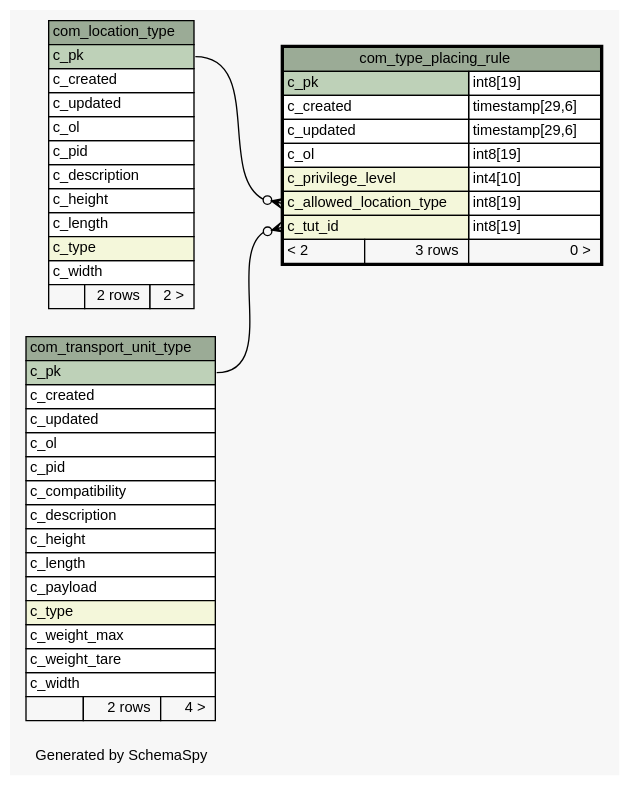
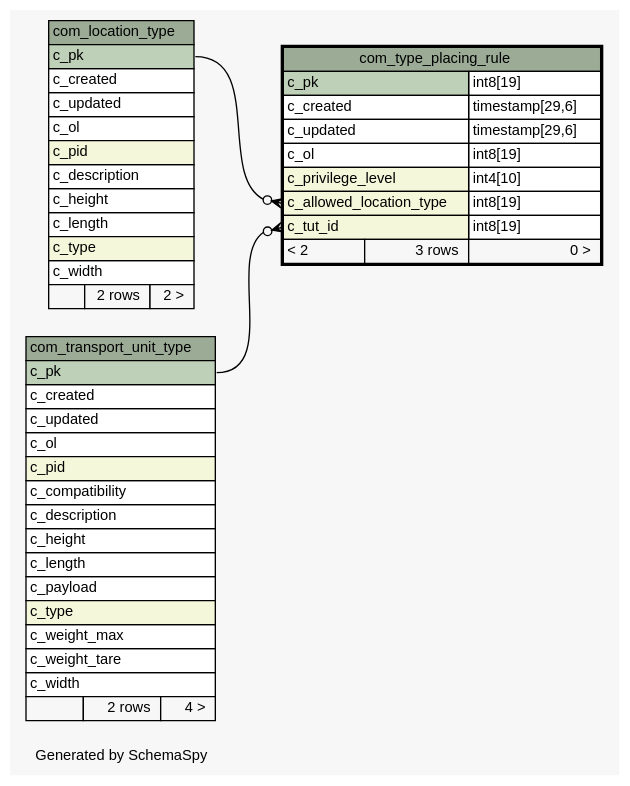
The diagram in 2.0.0-SNAPSHOT/schemaspy/diagrams/com_type_placing_rule.1degree.dot (openwms/org.openwms.common.service.lib), drawn with Graphviz before and after one commit. The commit also changed 522 other files, not shown here.

```diff
--- a/2.0.0-SNAPSHOT/schemaspy/diagrams/com_type_placing_rule.1degree.dot
+++ b/2.0.0-SNAPSHOT/schemaspy/diagrams/com_type_placing_rule.1degree.dot
@@ -1,82 +1,82 @@
 // dot 2.43.0 on Linux 5.11.0-1028-azure
 // SchemaSpy rev Unknown
 digraph "oneDegreeRelationshipsDiagram" {
   graph [
     rankdir="RL"
     bgcolor="#f7f7f7"
     label="\nGenerated by SchemaSpy"
     labeljust="l"
     nodesep="0.18"
     ranksep="0.46"
     fontname="Helvetica"
     fontsize="11"
   ];
   node [
     fontname="Helvetica"
     fontsize="11"
     shape="plaintext"
   ];
   edge [
     arrowsize="0.8"
   ];
   "com_type_placing_rule":"c_allowed_location_type":w -> "com_location_type":"c_pk":e [arrowhead=none dir=back arrowtail=crowodot];
   "com_type_placing_rule":"c_tut_id":w -> "com_transport_unit_type":"c_pk":e [arrowhead=none dir=back arrowtail=crowodot];
   "com_location_type" [
     label=<
     <TABLE BORDER="0" CELLBORDER="1" CELLSPACING="0" BGCOLOR="#ffffff">
       <TR><TD COLSPAN="3" BGCOLOR="#9bab96" ALIGN="CENTER">com_location_type</TD></TR>
       <TR><TD PORT="c_pk" COLSPAN="3" BGCOLOR="#bed1b8" ALIGN="LEFT">c_pk</TD></TR>
       <TR><TD PORT="c_created" COLSPAN="3" ALIGN="LEFT">c_created</TD></TR>
       <TR><TD PORT="c_updated" COLSPAN="3" ALIGN="LEFT">c_updated</TD></TR>
       <TR><TD PORT="c_ol" COLSPAN="3" ALIGN="LEFT">c_ol</TD></TR>
-      <TR><TD PORT="c_pid" COLSPAN="3" ALIGN="LEFT">c_pid</TD></TR>
+      <TR><TD PORT="c_pid" COLSPAN="3" BGCOLOR="#f4f7da" ALIGN="LEFT">c_pid</TD></TR>
       <TR><TD PORT="c_description" COLSPAN="3" ALIGN="LEFT">c_description</TD></TR>
       <TR><TD PORT="c_height" COLSPAN="3" ALIGN="LEFT">c_height</TD></TR>
       <TR><TD PORT="c_length" COLSPAN="3" ALIGN="LEFT">c_length</TD></TR>
       <TR><TD PORT="c_type" COLSPAN="3" BGCOLOR="#f4f7da" ALIGN="LEFT">c_type</TD></TR>
       <TR><TD PORT="c_width" COLSPAN="3" ALIGN="LEFT">c_width</TD></TR>
       <TR><TD ALIGN="LEFT" BGCOLOR="#f7f7f7">  </TD><TD ALIGN="RIGHT" BGCOLOR="#f7f7f7">2 rows</TD><TD ALIGN="RIGHT" BGCOLOR="#f7f7f7">2 &gt;</TD></TR>
     </TABLE>>
     URL="com_location_type.html"
     tooltip="com_location_type"
   ];
   "com_transport_unit_type" [
     label=<
     <TABLE BORDER="0" CELLBORDER="1" CELLSPACING="0" BGCOLOR="#ffffff">
       <TR><TD COLSPAN="3" BGCOLOR="#9bab96" ALIGN="CENTER">com_transport_unit_type</TD></TR>
       <TR><TD PORT="c_pk" COLSPAN="3" BGCOLOR="#bed1b8" ALIGN="LEFT">c_pk</TD></TR>
       <TR><TD PORT="c_created" COLSPAN="3" ALIGN="LEFT">c_created</TD></TR>
       <TR><TD PORT="c_updated" COLSPAN="3" ALIGN="LEFT">c_updated</TD></TR>
       <TR><TD PORT="c_ol" COLSPAN="3" ALIGN="LEFT">c_ol</TD></TR>
-      <TR><TD PORT="c_pid" COLSPAN="3" ALIGN="LEFT">c_pid</TD></TR>
+      <TR><TD PORT="c_pid" COLSPAN="3" BGCOLOR="#f4f7da" ALIGN="LEFT">c_pid</TD></TR>
       <TR><TD PORT="c_compatibility" COLSPAN="3" ALIGN="LEFT">c_compatibility</TD></TR>
       <TR><TD PORT="c_description" COLSPAN="3" ALIGN="LEFT">c_description</TD></TR>
       <TR><TD PORT="c_height" COLSPAN="3" ALIGN="LEFT">c_height</TD></TR>
       <TR><TD PORT="c_length" COLSPAN="3" ALIGN="LEFT">c_length</TD></TR>
       <TR><TD PORT="c_payload" COLSPAN="3" ALIGN="LEFT">c_payload</TD></TR>
       <TR><TD PORT="c_type" COLSPAN="3" BGCOLOR="#f4f7da" ALIGN="LEFT">c_type</TD></TR>
       <TR><TD PORT="c_weight_max" COLSPAN="3" ALIGN="LEFT">c_weight_max</TD></TR>
       <TR><TD PORT="c_weight_tare" COLSPAN="3" ALIGN="LEFT">c_weight_tare</TD></TR>
       <TR><TD PORT="c_width" COLSPAN="3" ALIGN="LEFT">c_width</TD></TR>
       <TR><TD ALIGN="LEFT" BGCOLOR="#f7f7f7">  </TD><TD ALIGN="RIGHT" BGCOLOR="#f7f7f7">2 rows</TD><TD ALIGN="RIGHT" BGCOLOR="#f7f7f7">4 &gt;</TD></TR>
     </TABLE>>
     URL="com_transport_unit_type.html"
     tooltip="com_transport_unit_type"
   ];
   "com_type_placing_rule" [
     label=<
     <TABLE BORDER="2" CELLBORDER="1" CELLSPACING="0" BGCOLOR="#ffffff">
       <TR><TD COLSPAN="3" BGCOLOR="#9bab96" ALIGN="CENTER">com_type_placing_rule</TD></TR>
       <TR><TD PORT="c_pk" COLSPAN="2" BGCOLOR="#bed1b8" ALIGN="LEFT">c_pk</TD><TD PORT="c_pk.type" ALIGN="LEFT">int8[19]</TD></TR>
       <TR><TD PORT="c_created" COLSPAN="2" ALIGN="LEFT">c_created</TD><TD PORT="c_created.type" ALIGN="LEFT">timestamp[29,6]</TD></TR>
       <TR><TD PORT="c_updated" COLSPAN="2" ALIGN="LEFT">c_updated</TD><TD PORT="c_updated.type" ALIGN="LEFT">timestamp[29,6]</TD></TR>
       <TR><TD PORT="c_ol" COLSPAN="2" ALIGN="LEFT">c_ol</TD><TD PORT="c_ol.type" ALIGN="LEFT">int8[19]</TD></TR>
       <TR><TD PORT="c_privilege_level" COLSPAN="2" BGCOLOR="#f4f7da" ALIGN="LEFT">c_privilege_level</TD><TD PORT="c_privilege_level.type" ALIGN="LEFT">int4[10]</TD></TR>
       <TR><TD PORT="c_allowed_location_type" COLSPAN="2" BGCOLOR="#f4f7da" ALIGN="LEFT">c_allowed_location_type</TD><TD PORT="c_allowed_location_type.type" ALIGN="LEFT">int8[19]</TD></TR>
       <TR><TD PORT="c_tut_id" COLSPAN="2" BGCOLOR="#f4f7da" ALIGN="LEFT">c_tut_id</TD><TD PORT="c_tut_id.type" ALIGN="LEFT">int8[19]</TD></TR>
       <TR><TD ALIGN="LEFT" BGCOLOR="#f7f7f7">&lt; 2</TD><TD ALIGN="RIGHT" BGCOLOR="#f7f7f7">3 rows</TD><TD ALIGN="RIGHT" BGCOLOR="#f7f7f7">0 &gt;</TD></TR>
     </TABLE>>
     URL="com_type_placing_rule.html"
     tooltip="com_type_placing_rule"
   ];
 }
```
